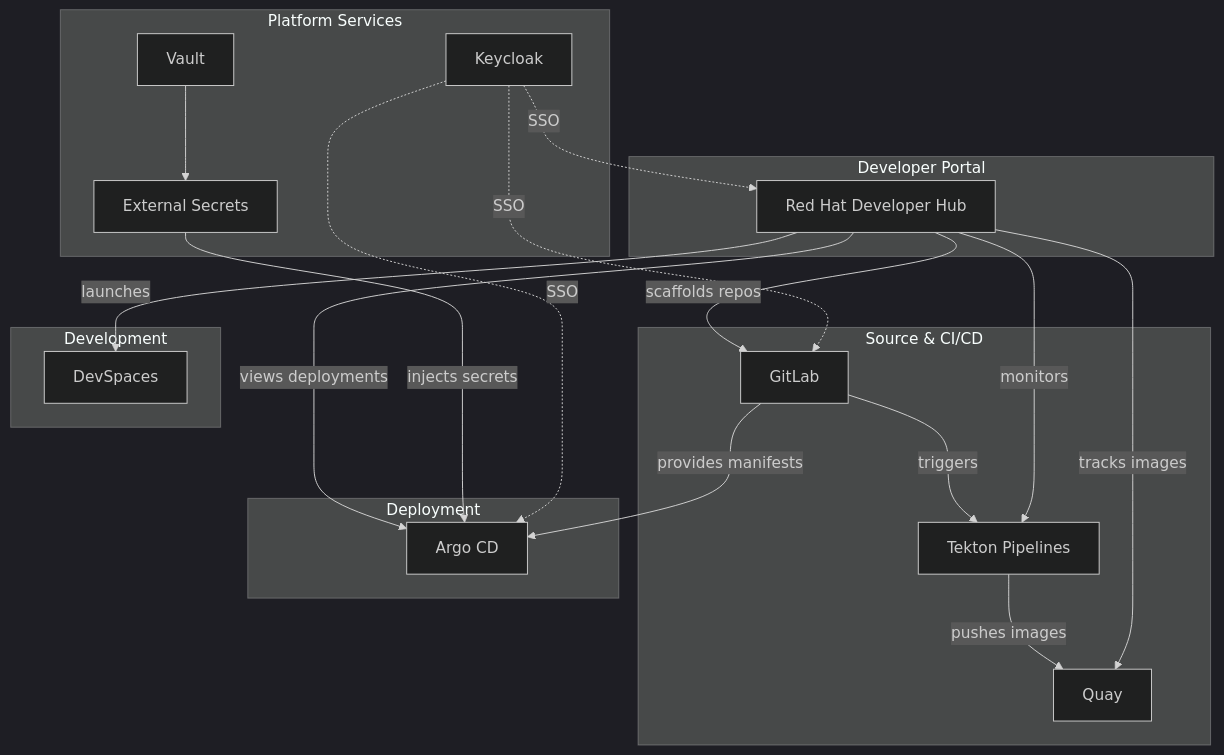
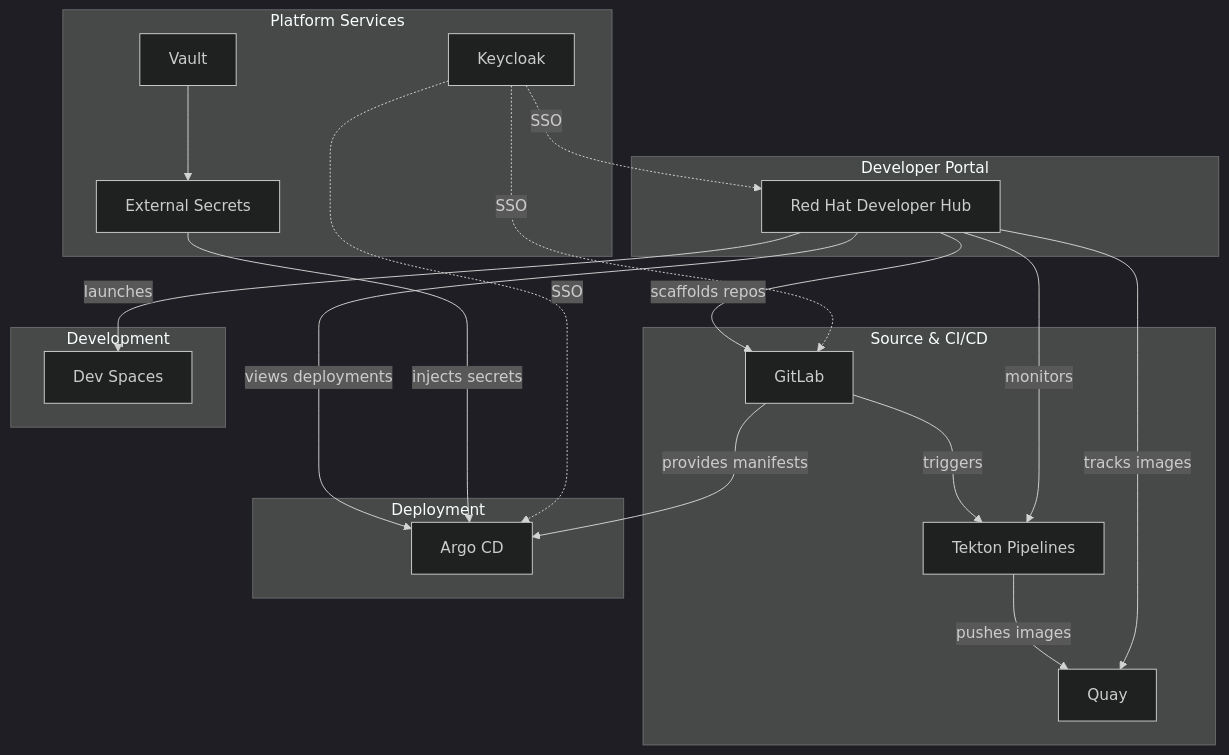
The diagram in content/modules/ROOT/pages/01-details.adoc (cgruver/showroom-roadshow-v2), drawn with Mermaid (dark theme) before and after one commit. The commit also changed other lines of this file and 2 other files, not shown here.

Commit message:
Minor tweaks.  Add challenges to existing application to intro.

```diff
--- a/content/modules/ROOT/pages/01-details.adoc
+++ b/content/modules/ROOT/pages/01-details.adoc
@@ -16,36 +16,36 @@
 [mermaid,width=90%]
 ....
 graph TD
     subgraph portal ["Developer Portal"]
         RHDH["Red Hat Developer Hub"]
     end
 
     subgraph cicd ["Source & CI/CD"]
         GL["GitLab"] -->|triggers| TEK["Tekton Pipelines"]
         TEK -->|pushes images| Q["Quay"]
     end
 
     subgraph deploy ["Deployment"]
         ARGO["Argo CD"]
     end
 
     subgraph services ["Platform Services"]
         KC["Keycloak"]
         V["Vault"] --> ESO["External Secrets"]
     end
 
     subgraph workspace ["Development"]
-        DS["DevSpaces"]
+        DS["Dev Spaces"]
     end
 
     RHDH -->|scaffolds repos| GL
     RHDH -->|launches| DS
     RHDH -->|monitors| TEK
     RHDH -->|tracks images| Q
     RHDH -->|views deployments| ARGO
     GL -->|provides manifests| ARGO
     ESO -->|injects secrets| ARGO
     KC -. "SSO" .-> RHDH
     KC -. "SSO" .-> GL
     KC -. "SSO" .-> ARGO
 ....
```
